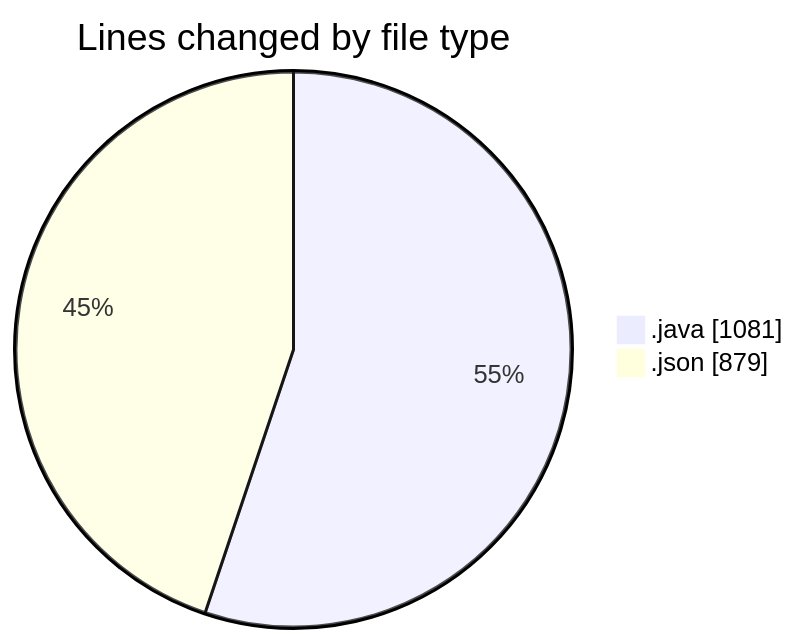
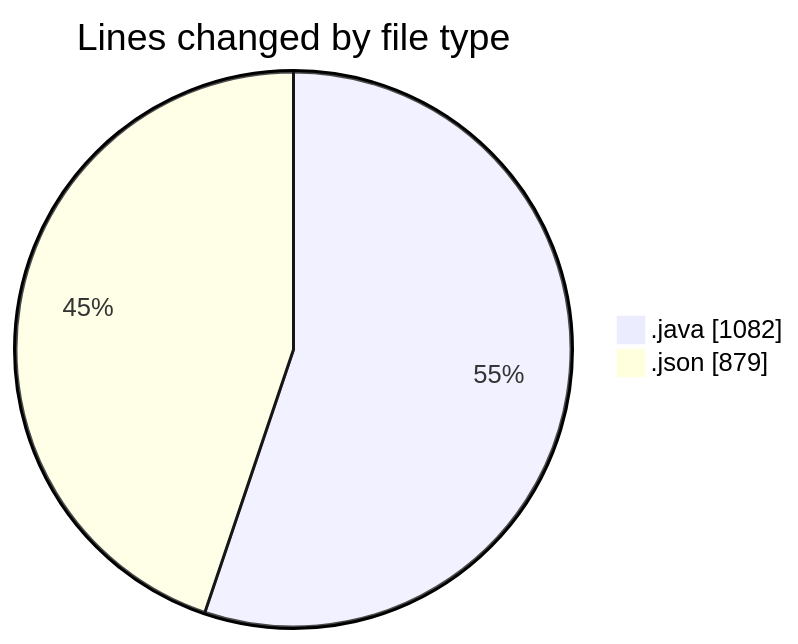
Before and after one commit to ricardozamudiocil/code-tracking: the first of 2 diagrams in 2026-03-18/cilapp/README.md, drawn with Mermaid. The commit also changed other lines of this file and 1 other file, not shown here.

````diff
--- a/2026-03-18/cilapp/README.md
+++ b/2026-03-18/cilapp/README.md
@@ -21,6 +21,6 @@
 ```mermaid
 pie showData
 title Lines changed by file type
-".java" : 1081
+".java" : 1082
 ".json" : 879
 ```
````
